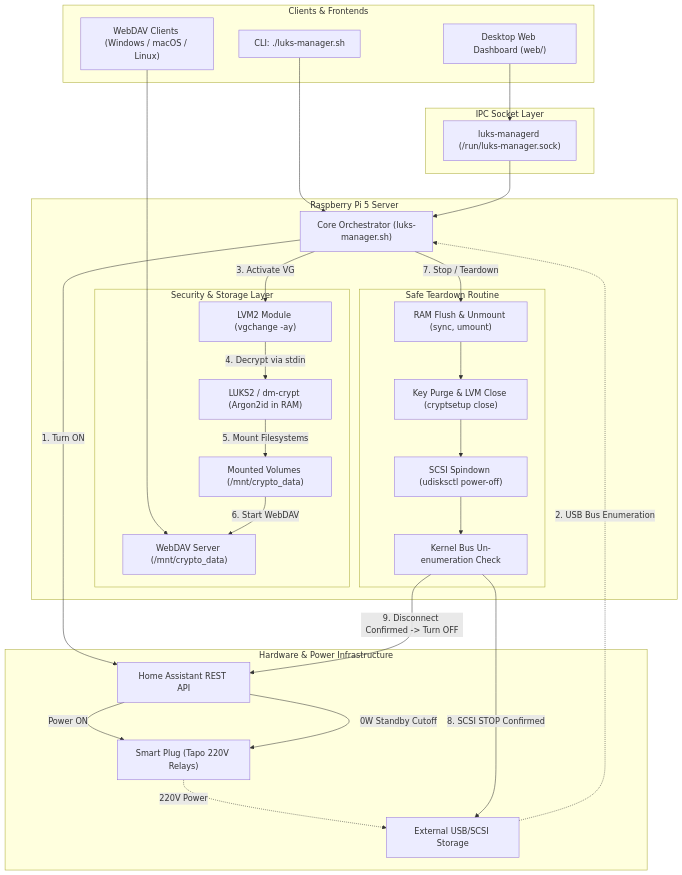
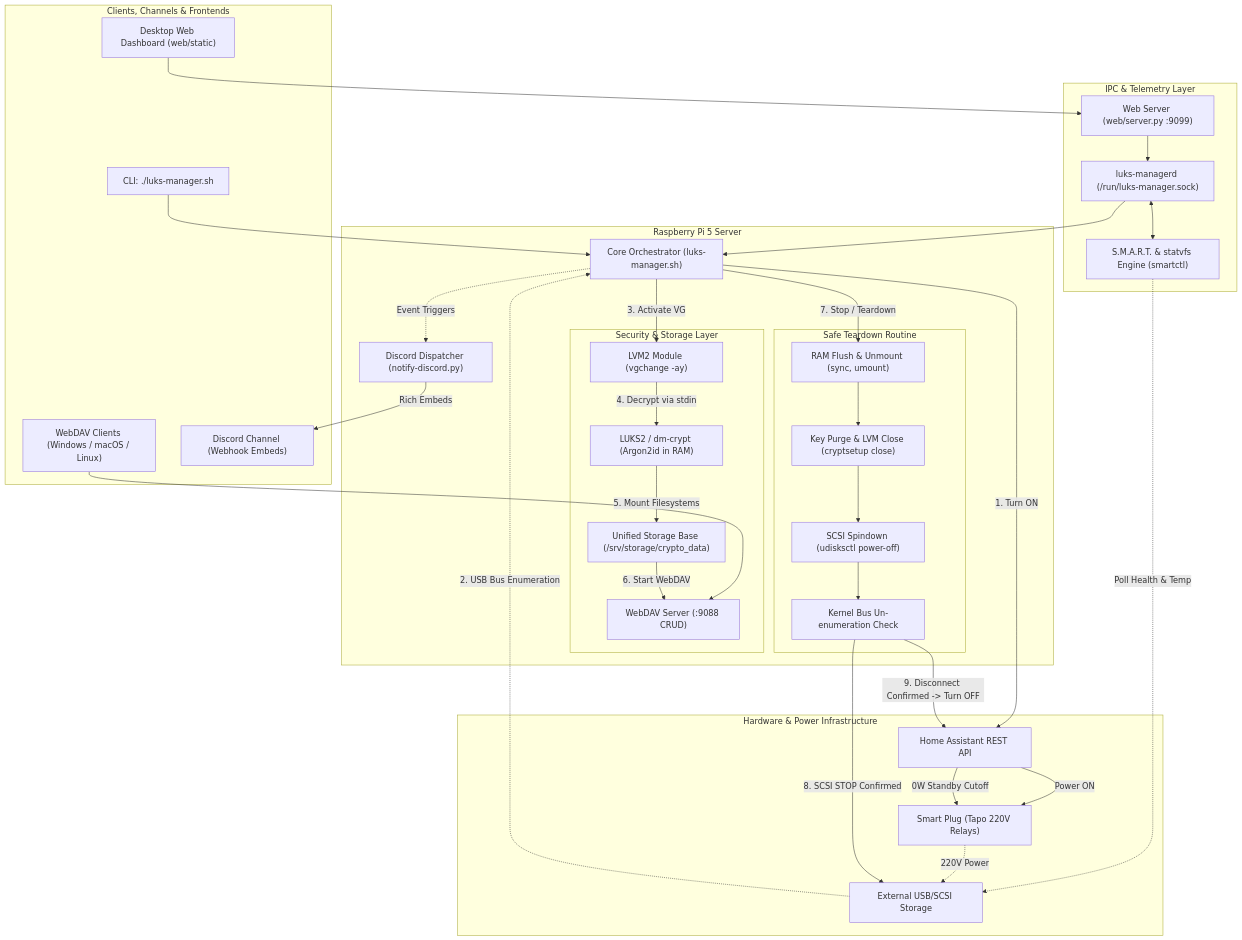
The diagram in README.md (a-cifrodelli/luks-companion), drawn with Mermaid before and after one commit.

Commit message:
docs(diagram): update Architecture Overview with Web Gateway, Telemetry engine, Discord, and unified storage paths

````diff
--- a/README.md
+++ b/README.md
@@ -28,63 +28,72 @@
 ```mermaid
 flowchart TD
-    subgraph CLIENTS ["Clients & Frontends"]
+    subgraph CLIENTS ["Clients, Channels & Frontends"]
         CLI["CLI: ./luks-manager.sh"]
-        WebUI["Desktop Web Dashboard (web/)"]
+        WebUI["Desktop Web Dashboard (web/static)"]
         WebDAVClient["WebDAV Clients (Windows / macOS / Linux)"]
+        Discord["Discord Channel (Webhook Embeds)"]
     end
 
-    subgraph DAEMON ["IPC Socket Layer"]
+    subgraph DAEMON ["IPC & Telemetry Layer"]
+        WebGateway["Web Server (web/server.py :9099)"]
         SocketDaemon["luks-managerd (/run/luks-manager.sock)"]
+        Telemetry["S.M.A.R.T. & statvfs Engine (smartctl)"]
     end
 
     subgraph HOST ["Raspberry Pi 5 Server"]
         Orchestrator["Core Orchestrator (luks-manager.sh)"]
+        Notifier["Discord Dispatcher (notify-discord.py)"]
         
         subgraph SEC ["Security & Storage Layer"]
             LVM["LVM2 Module (vgchange -ay)"]
             LUKS["LUKS2 / dm-crypt (Argon2id in RAM)"]
-            Mounts["Mounted Volumes (/mnt/crypto_data)"]
-            WebDAV["WebDAV Server (/mnt/crypto_data)"]
+            Mounts["Unified Storage Base (/srv/storage/crypto_data)"]
+            WebDAV["WebDAV Server (:9088 CRUD)"]
         end
         
         subgraph TEARDOWN ["Safe Teardown Routine"]
             Sync["RAM Flush & Unmount (sync, umount)"]
             Purge["Key Purge & LVM Close (cryptsetup close)"]
             Spindown["SCSI Spindown (udisksctl power-off)"]
             Verify["Kernel Bus Un-enumeration Check"]
         end
     end
 
     subgraph HARDWARE ["Hardware & Power Infrastructure"]
         HA["Home Assistant REST API"]
         Plug["Smart Plug (Tapo 220V Relays)"]
         Drive["External USB/SCSI Storage"]
     end
 
     %% Client Connections
     CLI --> Orchestrator
-    WebUI --> SocketDaemon
+    WebUI --> WebGateway
+    WebGateway --> SocketDaemon
     SocketDaemon --> Orchestrator
+    SocketDaemon <--> Telemetry
+    Telemetry -.->|Poll Health & Temp| Drive
     WebDAVClient --> WebDAV
+    Orchestrator -.->|Event Triggers| Notifier
+    Notifier -->|Rich Embeds| Discord
 
     %% Power-On Flow
     Orchestrator -->|1. Turn ON| HA
     HA -->|Power ON| Plug
     Plug -.->|220V Power| Drive
     Drive -.->|2. USB Bus Enumeration| Orchestrator
 
     %% Unlock Flow
     Orchestrator -->|3. Activate VG| LVM
     LVM -->|4. Decrypt via stdin| LUKS
     LUKS -->|5. Mount Filesystems| Mounts
     Mounts -->|6. Start WebDAV| WebDAV
 
     %% Teardown Flow
     Orchestrator -->|7. Stop / Teardown| Sync
     Sync --> Purge
     Purge --> Spindown
     Spindown --> Verify
     Verify -->|8. SCSI STOP Confirmed| Drive
     Verify -->|9. Disconnect Confirmed -> Turn OFF| HA
     HA -->|0W Standby Cutoff| Plug
 ```
````
